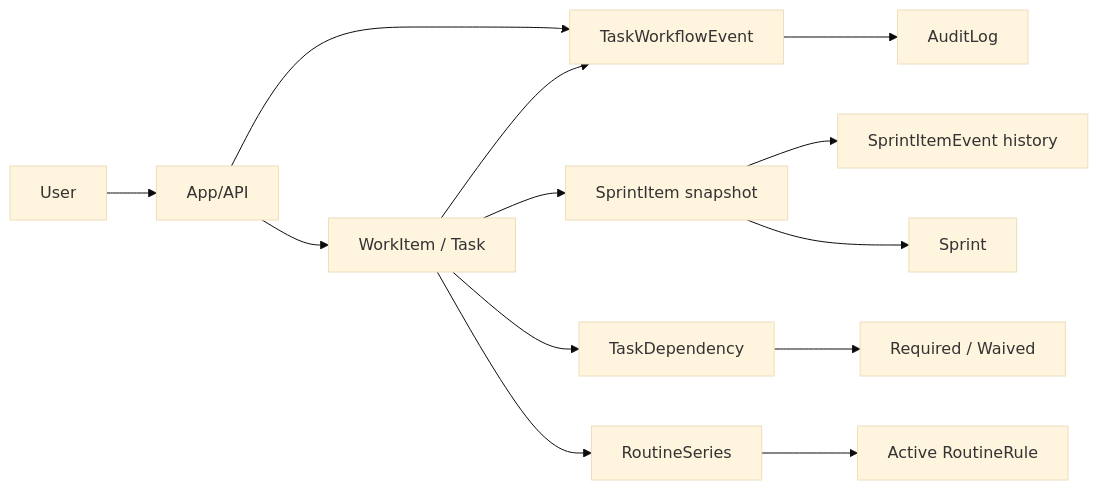
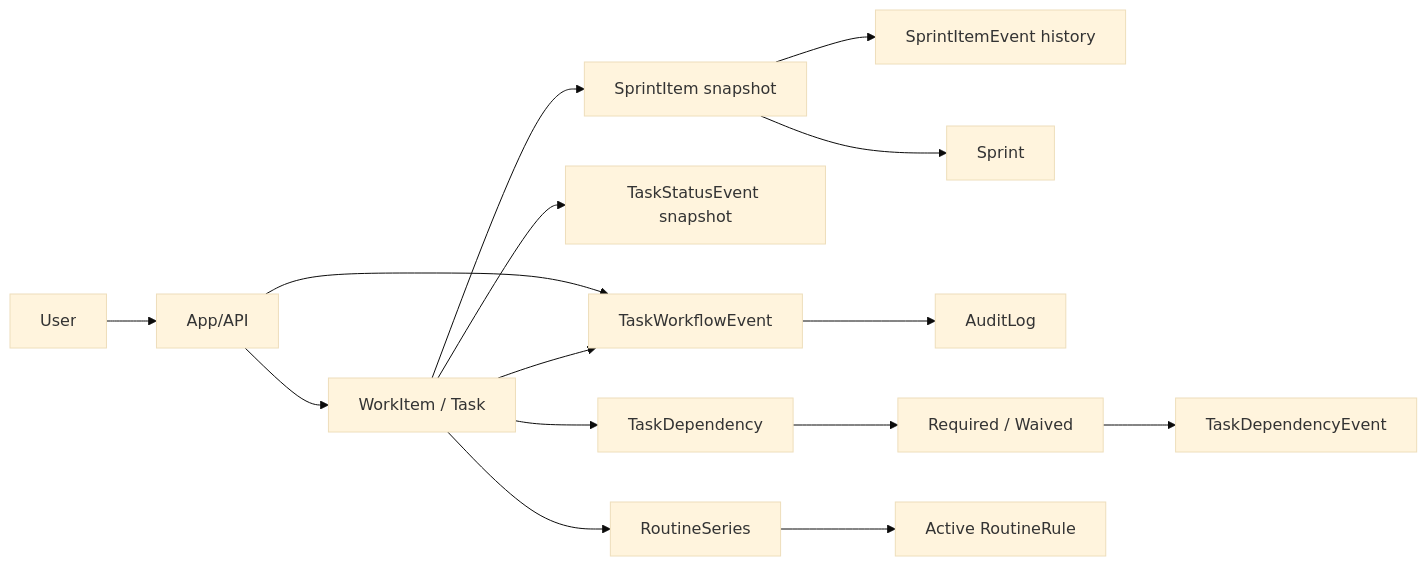
The fourth of 7 diagrams in doc/architecture.md (Hosi121/holoplax), drawn with Mermaid (base theme) before and after one commit. The commit also changed other lines of this file and 3 other files, not shown here.

Commit message:
docs(architecture): record work item consistency guarantees

````diff
--- a/doc/architecture.md
+++ b/doc/architecture.md
@@ -39,15 +39,17 @@
 ```mermaid
 flowchart LR
   User[User] --> App[App/API]
   App --> Task[WorkItem / Task]
   App --> Workflow[TaskWorkflowEvent]
+  Task --> Status[TaskStatusEvent snapshot]
   Task --> Workflow
   Task --> Item[SprintItem snapshot]
   Item --> ItemEvent[SprintItemEvent history]
   Item --> Sprint[Sprint]
   Workflow --> Audit[AuditLog]
   Task --> Dep[TaskDependency]
   Dep --> Waiver[Required / Waived]
+  Waiver --> DepEvent[TaskDependencyEvent]
   Task --> Series[RoutineSeries]
   Series --> Rule[Active RoutineRule]
 ```
````
